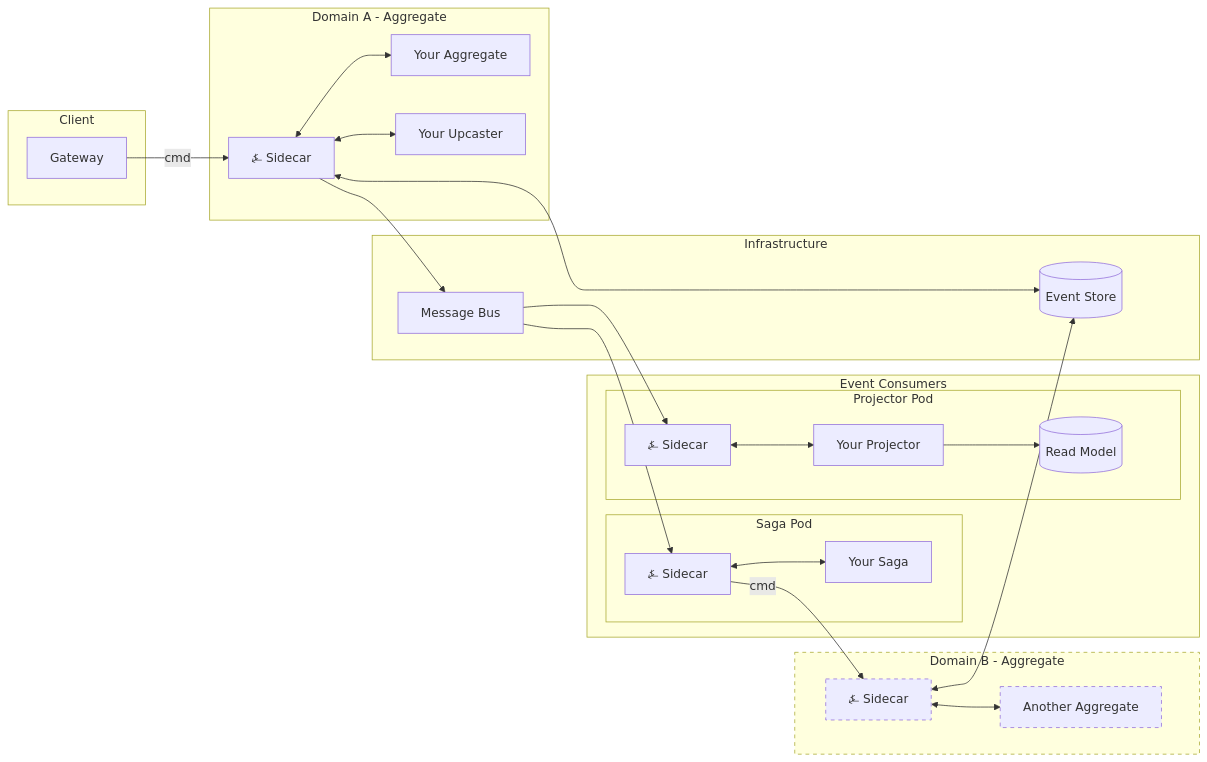
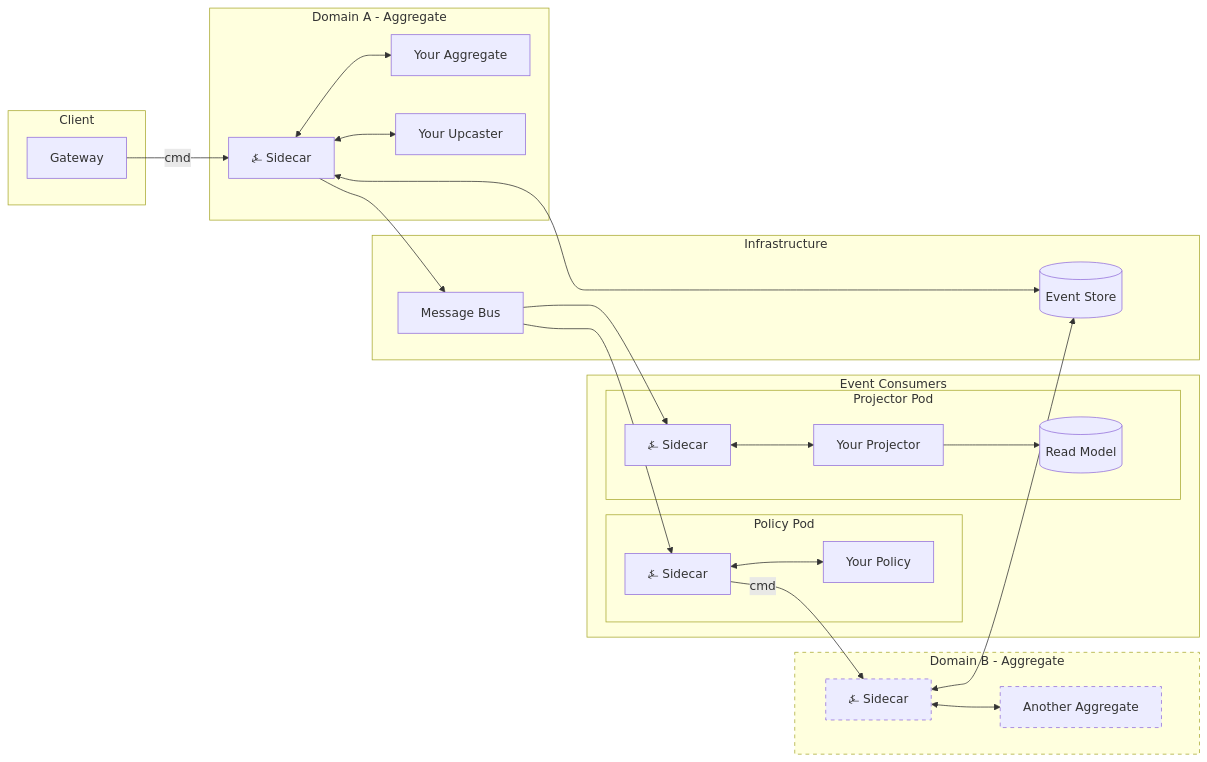
Before and after one commit to angzarr-io/angzarr-project: the diagram in site/src/content/docs/intro.md, drawn with Mermaid. The commit also changed other lines of this file and 52 other files, not shown here.

````diff
--- a/site/src/content/docs/intro.md
+++ b/site/src/content/docs/intro.md
@@ -49,53 +49,53 @@
 ```mermaid
 flowchart LR
     subgraph Client
         GW[Gateway]
     end
 
     subgraph AggPod[Domain A - Aggregate]
         AGG_COORD[⍼ Sidecar]
         AGG[Your Aggregate]
         UPC[Your Upcaster]
         AGG_COORD <--> AGG
         AGG_COORD <--> UPC
     end
 
     subgraph Infra[Infrastructure]
         ES[(Event Store)]
         BUS[Message Bus]
     end
 
     subgraph Consumers[Event Consumers]
-        subgraph SagaPod[Saga Pod]
-            SAGA_COORD[⍼ Sidecar]
-            SAGA[Your Saga]
-            SAGA_COORD <--> SAGA
+        subgraph PolicyPod[Policy Pod]
+            POLICY_COORD[⍼ Sidecar]
+            POLICY[Your Policy]
+            POLICY_COORD <--> POLICY
         end
 
         subgraph PrjPod[Projector Pod]
             PRJ_COORD[⍼ Sidecar]
             PRJ[Your Projector]
             PRJ_DB[(Read Model)]
             PRJ_COORD <--> PRJ
             PRJ --> PRJ_DB
         end
     end
 
     subgraph AggPod2[Domain B - Aggregate]
         AGG_COORD2[⍼ Sidecar]
         AGG2[Another Aggregate]
         AGG_COORD2 <--> AGG2
     end
 
     GW -->|cmd| AGG_COORD
     AGG_COORD <--> ES
     AGG_COORD --> BUS
-    BUS --> SAGA_COORD
+    BUS --> POLICY_COORD
     BUS --> PRJ_COORD
-    SAGA_COORD -->|cmd| AGG_COORD2
+    POLICY_COORD -->|cmd| AGG_COORD2
     AGG_COORD2 <--> ES
 
     style AggPod2 stroke-dasharray: 5 5
     style AGG_COORD2 stroke-dasharray: 5 5
     style AGG2 stroke-dasharray: 5 5
 ```
````
